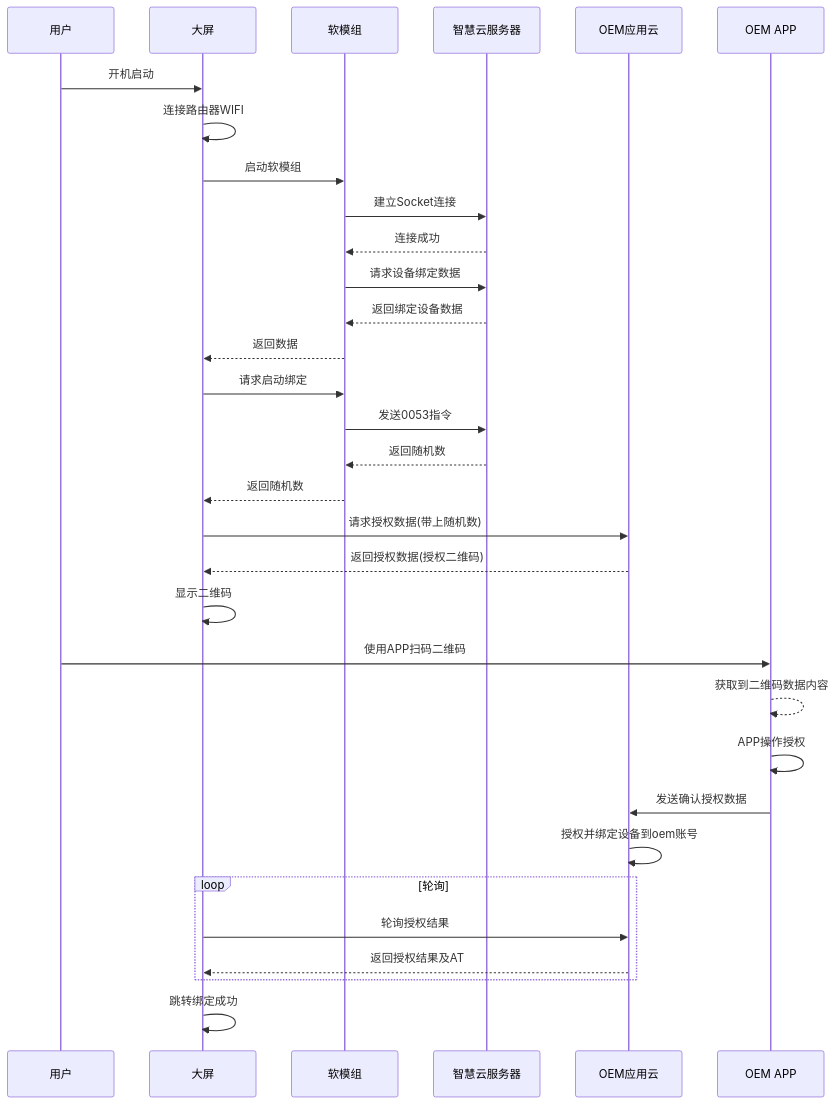
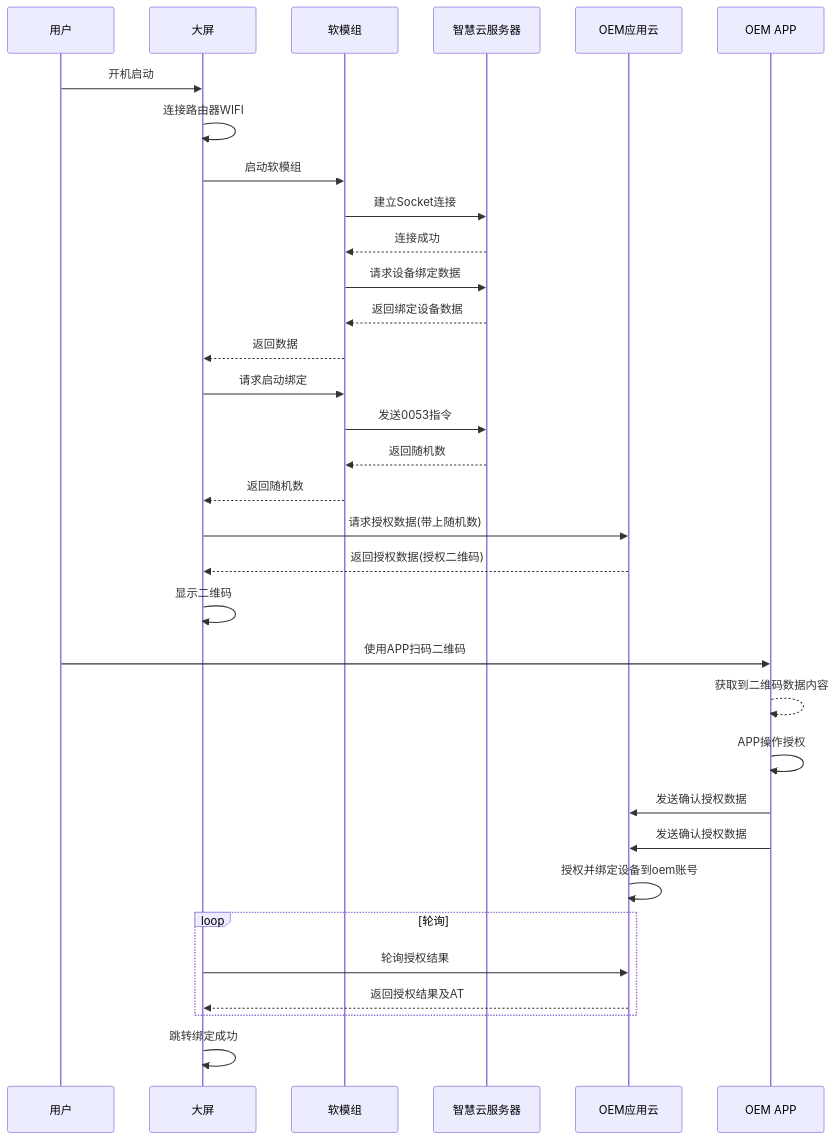
One commit to ixiaoyang8/iodraw-files changed the diagram in all/oem大屏扫码0053.md. Above: the diagram before and after it, drawn with Mermaid.

Commit message:
2026-09-17 11:40:50 update

````diff
--- a/all/oem大屏扫码0053.md
+++ b/all/oem大屏扫码0053.md
@@ -1,36 +1,37 @@
 ```mermaid
 sequenceDiagram
     participant U as 用户
     participant D as 大屏
     participant M as 软模组
     participant S as 智慧云服务器
     participant A as OEM应用云
     participant P as OEM APP
 
     U->>D: 开机启动
     D->>D: 连接路由器WIFI
     D->>M: 启动软模组
     M->>S: 建立Socket连接
     S-->>M: 连接成功
     M->>S: 请求设备绑定数据
     S-->>M: 返回绑定设备数据
     M-->>D: 返回数据
     D->>M: 请求启动绑定
     M->>S: 发送0053指令
     S-->>M: 返回随机数
     M-->>D: 返回随机数
     D->>A: 请求授权数据(带上随机数)
     A-->>D: 返回授权数据(授权二维码)
     D->>D: 显示二维码
     U->>P: 使用APP扫码二维码
     P-->>P: 获取到二维码数据内容
     P->>P: APP操作授权
     P->>A: 发送确认授权数据
+    P->>A: 发送确认授权数据
     A->>A: 授权并绑定设备到oem账号
     loop 轮询
         D->>A: 轮询授权结果
         A-->>D: 返回授权结果及AT
     end
     D->>D: 跳转绑定成功
 
 ```
````
